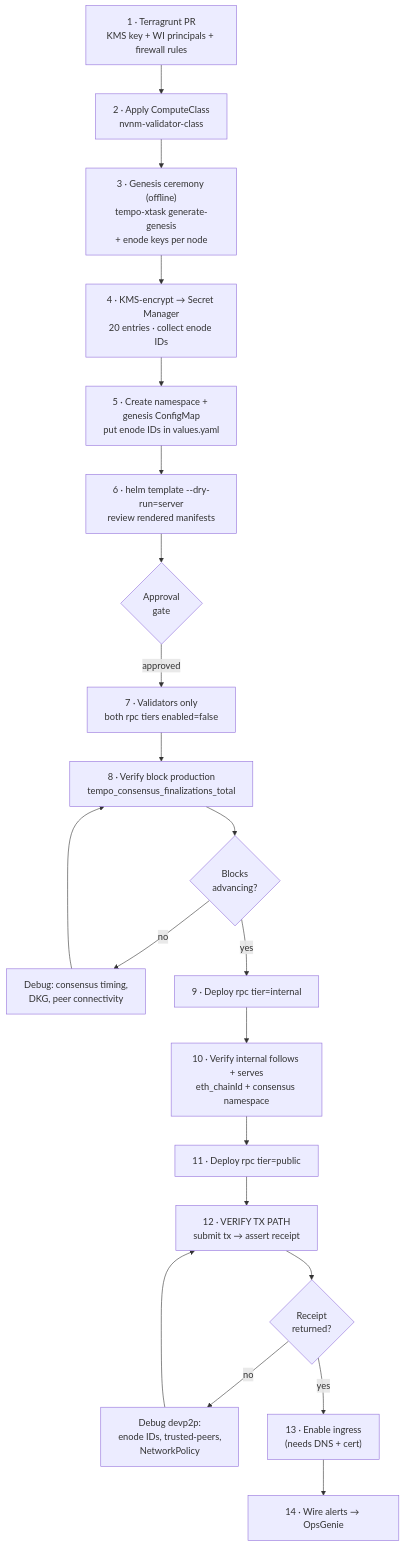
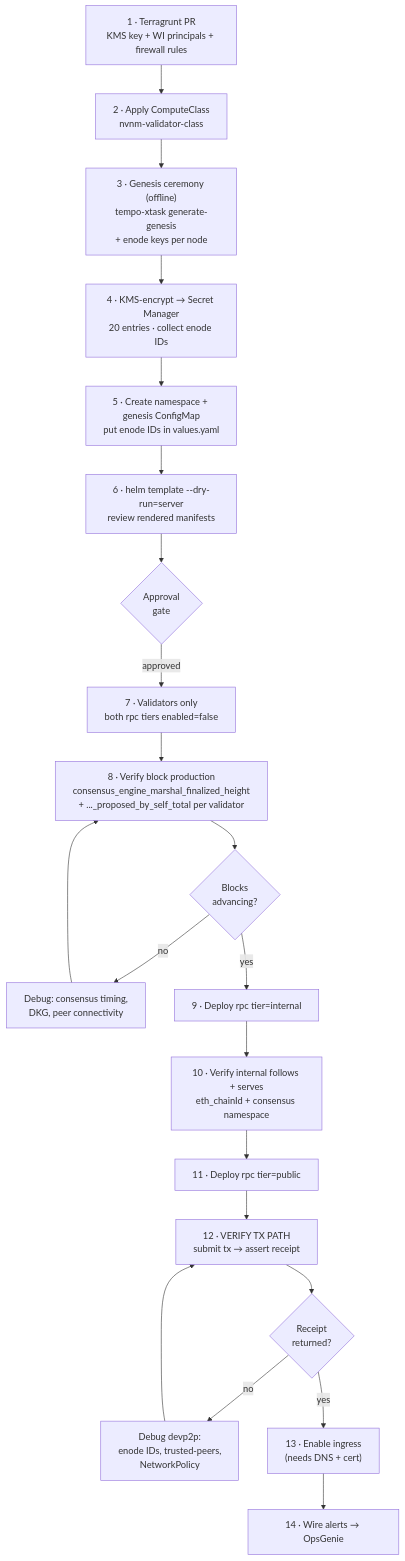
The diagram in docs/nvnm/03-deployment.md (yihuang/tempo-py), drawn with Mermaid before and after one commit. The commit also changed other lines of this file and 15 other files, not shown here.

````diff
--- a/docs/nvnm/03-deployment.md
+++ b/docs/nvnm/03-deployment.md
@@ -180,24 +196,24 @@
 ```mermaid
 flowchart TD
     A["1 · Terragrunt PR<br/>KMS key + WI principals + firewall rules"] --> B
     B["2 · Apply ComputeClass<br/>nvnm-validator-class"] --> C
     C["3 · Genesis ceremony (offline)<br/>tempo-xtask generate-genesis<br/>+ enode keys per node"] --> D
     D["4 · KMS-encrypt → Secret Manager<br/>20 entries · collect enode IDs"] --> E
     E["5 · Create namespace + genesis ConfigMap<br/>put enode IDs in values.yaml"] --> F
     F["6 · helm template --dry-run=server<br/>review rendered manifests"] --> G
     G{"Approval<br/>gate"}
     G -->|approved| H["7 · Validators only<br/>both rpc tiers enabled=false"]
-    H --> I["8 · Verify block production<br/>tempo_consensus_finalizations_total"]
+    H --> I["8 · Verify block production<br/>consensus_engine_marshal_finalized_height<br/>+ ..._proposed_by_self_total per validator"]
     I --> J{"Blocks<br/>advancing?"}
     J -->|no| K["Debug: consensus timing,<br/>DKG, peer connectivity"]
     K --> I
     J -->|yes| L["9 · Deploy rpc tier=internal"]
     L --> M["10 · Verify internal follows + serves<br/>eth_chainId + consensus namespace"]
     M --> N["11 · Deploy rpc tier=public"]
     N --> O["12 · VERIFY TX PATH<br/>submit tx → assert receipt"]
     O --> P{"Receipt<br/>returned?"}
     P -->|no| Q["Debug devp2p:<br/>enode IDs, trusted-peers,<br/>NetworkPolicy"]
     Q --> O
     P -->|yes| R["13 · Enable ingress<br/>(needs DNS + cert)"]
     R --> S["14 · Wire alerts → OpsGenie"]
 ```
````
